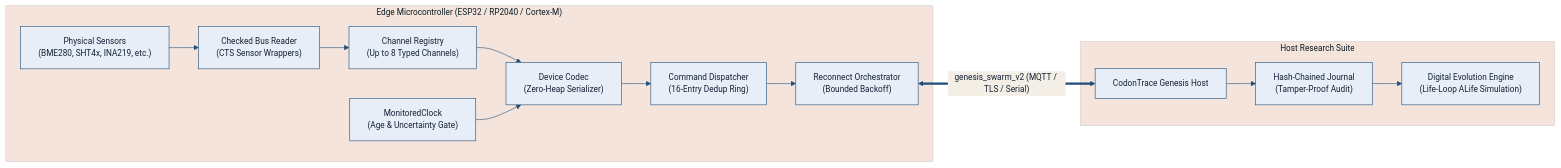
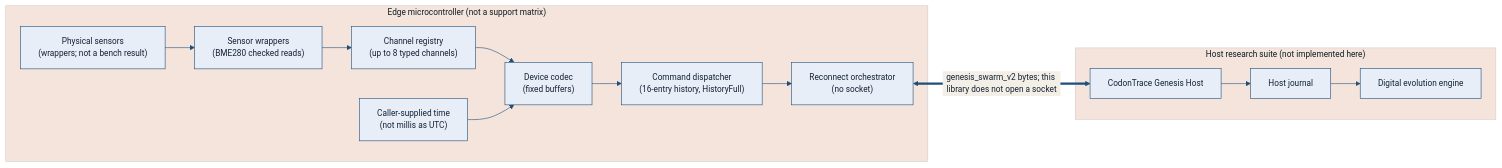
The diagram in README.md (Parvaz-Jamei/CodonTraceSwarm), drawn with Mermaid before and after one commit. The commit also changed other lines of this file and 20 other files, not shown here.

````diff
--- a/README.md
+++ b/README.md
@@ -63,19 +63,19 @@
 ```mermaid
 %%{init: {'theme':'base','themeVariables': {'primaryColor':'#e7eef8','primaryTextColor':'#142033','primaryBorderColor':'#1f4e79','lineColor':'#1f4e79','secondaryColor':'#f3efe6','tertiaryColor':'#f4e4dc','fontFamily':'ui-sans-serif, system-ui, sans-serif','fontSize':'14px'}}}%%
 flowchart LR
-  subgraph Node["Edge Microcontroller (ESP32 / RP2040 / Cortex-M)"]
-    Sensors["Physical Sensors<br/>(BME280, SHT4x, INA219, etc.)"] --> Reader["Checked Bus Reader<br/>(CTS Sensor Wrappers)"]
-    Reader --> Registry["Channel Registry<br/>(Up to 8 Typed Channels)"]
-    Registry --> Codec["Device Codec<br/>(Zero-Heap Serializer)"]
-    Clock["MonitoredClock<br/>(Age & Uncertainty Gate)"] --> Codec
-    Codec --> Dispatcher["Command Dispatcher<br/>(16-Entry Dedup Ring)"]
-    Dispatcher --> Reconnect["Reconnect Orchestrator<br/>(Bounded Backoff)"]
+  subgraph Node["Edge microcontroller (not a support matrix)"]
+    Sensors["Physical sensors<br/>(wrappers; not a bench result)"] --> Reader["Sensor wrappers<br/>(BME280 checked reads)"]
+    Reader --> Registry["Channel registry<br/>(up to 8 typed channels)"]
+    Registry --> Codec["Device codec<br/>(fixed buffers)"]
+    Clock["Caller-supplied time<br/>(not millis as UTC)"] --> Codec
+    Codec --> Dispatcher["Command dispatcher<br/>(16-entry history, HistoryFull)"]
+    Dispatcher --> Reconnect["Reconnect orchestrator<br/>(no socket)"]
   end
 
-  Reconnect <== "genesis_swarm_v2 (MQTT / TLS / Serial)" ==> Host["CodonTrace Genesis Host"]
+  Reconnect <== "genesis_swarm_v2 bytes; this library does not open a socket" ==> Host["CodonTrace Genesis Host"]
   
-  subgraph Engine["Host Research Suite"]
-    Host --> Journal["Hash-Chained Journal<br/>(Tamper-Proof Audit)"]
-    Journal --> Evolution["Digital Evolution Engine<br/>(Life-Loop ALife Simulation)"]
+  subgraph Engine["Host research suite (not implemented here)"]
+    Host --> Journal["Host journal"]
+    Journal --> Evolution["Digital evolution engine"]
   end
 ```
````
